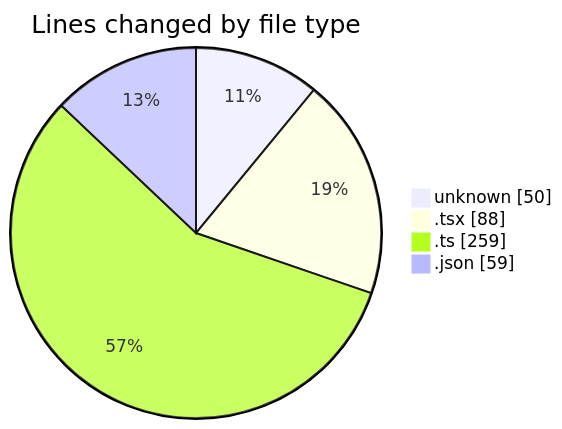
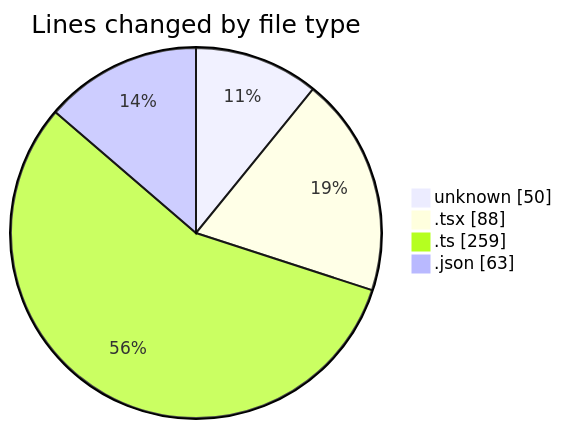
One commit to momahboobian/code-tracking changed the first of 2 diagrams in 2026-08-28/cda/README.md. Above: the diagram before and after it, drawn with Mermaid. The commit also changed other lines of this file and 1 other file, not shown here.

````diff
--- a/2026-08-28/cda/README.md
+++ b/2026-08-28/cda/README.md
@@ -23,8 +23,8 @@
 ```mermaid
 pie showData
 title Lines changed by file type
 "unknown" : 50
 ".tsx" : 88
 ".ts" : 259
-".json" : 59
+".json" : 63
 ```
````
